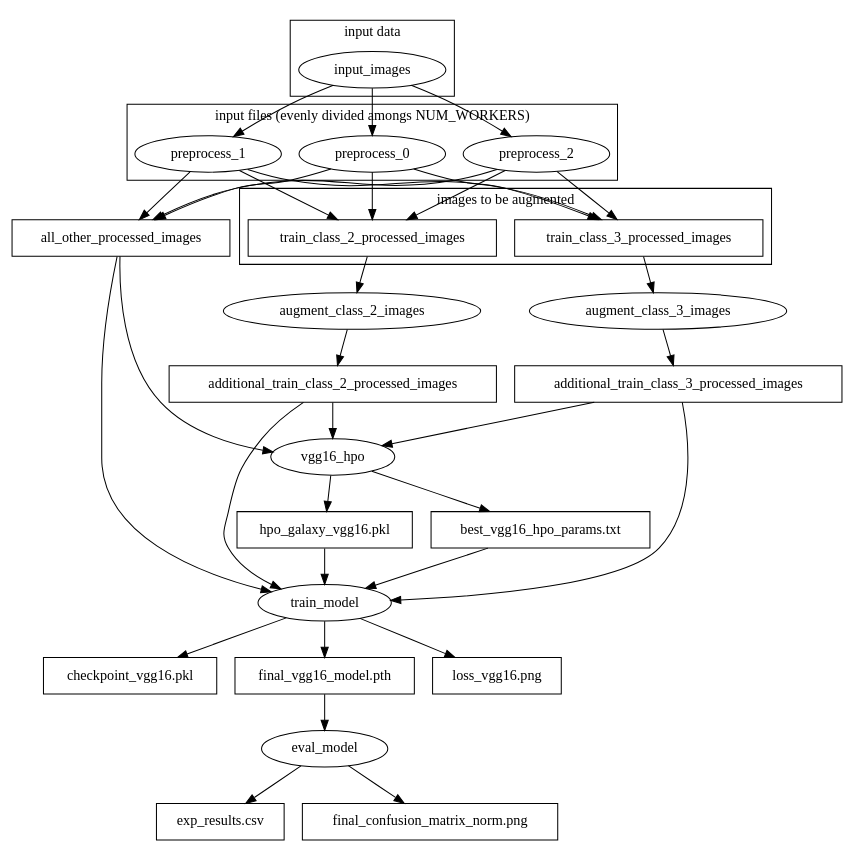
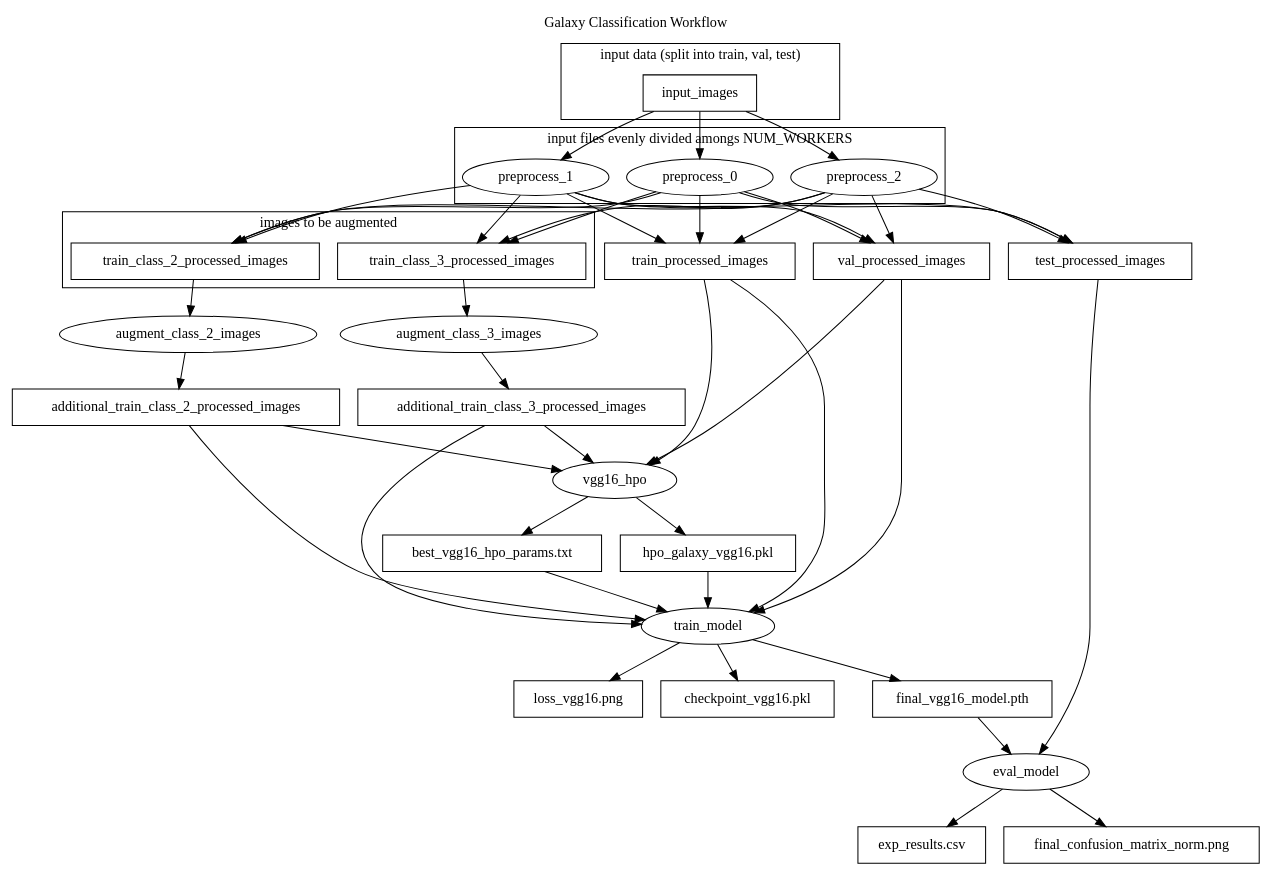
The diagram in graph.dot (hariharan-devarajan/galaxy-classification-wf), drawn with Graphviz before and after one commit.

Commit message:
finished simple dot representation

```diff
--- a/graph.dot
+++ b/graph.dot
@@ -1,84 +1,99 @@
 digraph G {
     subgraph cluster_input_data {
-        input_images
+        input_images [shape=box]
         
-        label="input data"
+        label="input data (split into train, val, test)"
     }
     
     subgraph cluster_preprocess_jobs {
         preprocess_0
         preprocess_1
         preprocess_2
         
-        label="input files (evenly divided amongs NUM_WORKERS)"
+        label="input files evenly divided amongs NUM_WORKERS"
     }
     
     input_images -> preprocess_0
     input_images -> preprocess_1
     input_images -> preprocess_2
     
     subgraph cluster_class_2_and_3_processed {
         train_class_2_processed_images [shape=box]
         train_class_3_processed_images [shape=box]   
         
         label="images to be augmented"
     }
     
-
-    all_other_processed_images [shape=box]
+    train_processed_images [shape=box]
+    val_processed_images [shape=box]
+    test_processed_images [shape=box]
     
     preprocess_0 -> train_class_2_processed_images
     preprocess_1 -> train_class_2_processed_images
     preprocess_2 -> train_class_2_processed_images
     preprocess_0 -> train_class_3_processed_images
     preprocess_1 -> train_class_3_processed_images
     preprocess_2 -> train_class_3_processed_images
     
-    preprocess_0 -> all_other_processed_images
-    preprocess_1 -> all_other_processed_images
-    preprocess_2 -> all_other_processed_images
+    preprocess_0 -> train_processed_images
+    preprocess_0 -> val_processed_images
+    preprocess_0 -> test_processed_images
+    
+    preprocess_1 -> train_processed_images
+    preprocess_1 -> val_processed_images
+    preprocess_1 -> test_processed_images
+    
+    preprocess_2 -> train_processed_images
+    preprocess_2 -> val_processed_images
+    preprocess_2 -> test_processed_images
 
     train_class_2_processed_images -> augment_class_2_images
     train_class_3_processed_images -> augment_class_3_images
     
     additional_train_class_2_processed_images [shape=box]
     additional_train_class_3_processed_images [shape=box]
     
     augment_class_2_images -> additional_train_class_2_processed_images
     augment_class_3_images -> additional_train_class_3_processed_images
     
     additional_train_class_2_processed_images -> vgg16_hpo
     additional_train_class_3_processed_images -> vgg16_hpo
-    all_other_processed_images -> vgg16_hpo 
+    
+    train_processed_images -> vgg16_hpo
+    val_processed_images -> vgg16_hpo
     
     "hpo_galaxy_vgg16.pkl" [shape=box]
     "best_vgg16_hpo_params.txt" [shape=box]
     
     vgg16_hpo -> "hpo_galaxy_vgg16.pkl"
     vgg16_hpo -> "best_vgg16_hpo_params.txt"
     
     additional_train_class_2_processed_images -> train_model
     additional_train_class_3_processed_images -> train_model
-    all_other_processed_images -> train_model
+    
+    train_processed_images -> train_model
+    val_processed_images -> train_model 
     
     "hpo_galaxy_vgg16.pkl" -> train_model
     "best_vgg16_hpo_params.txt" -> train_model
     
     "checkpoint_vgg16.pkl" [shape=box]
     "final_vgg16_model.pth" [shape=box]
     "loss_vgg16.png" [shape=box]
     
     train_model -> "checkpoint_vgg16.pkl"
     train_model -> "final_vgg16_model.pth"
     train_model -> "loss_vgg16.png"
     
     "final_vgg16_model.pth" -> eval_model
+    test_processed_images -> eval_model 
     
     "exp_results.csv" [shape=box]
     "final_confusion_matrix_norm.png" [shape=box]
     
     eval_model -> "exp_results.csv"
     eval_model -> "final_confusion_matrix_norm.png"
     
-    
+    label="Galaxy Classification Workflow"
+    labelloc="t"
 }
```
